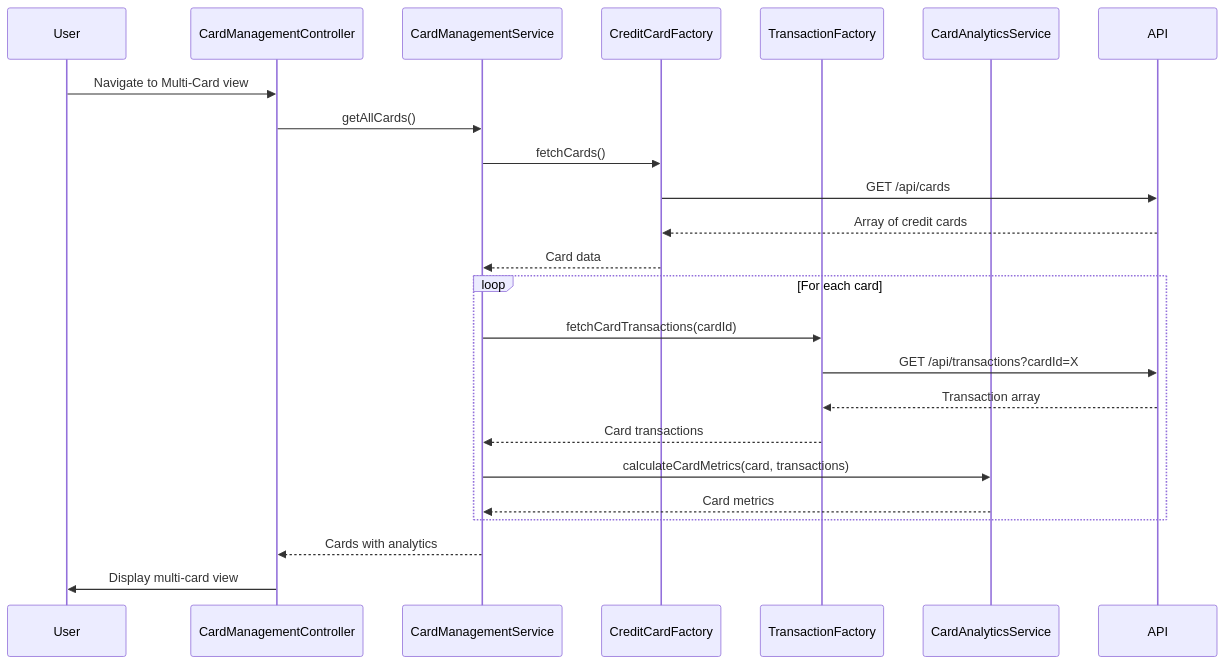
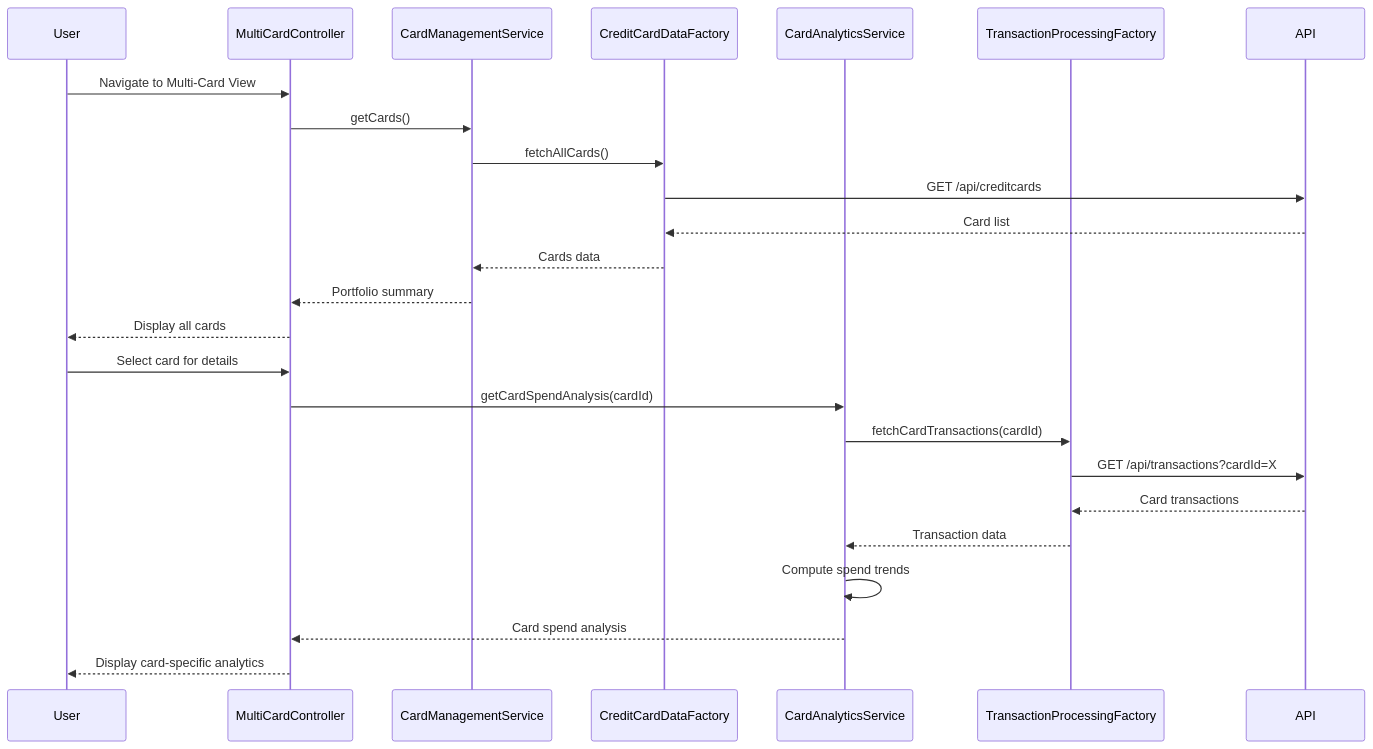
One commit to AAVA-Demo/APB_Demo changed the diagram in LLD/QE-8601_LLD.md. Above: the diagram before and after it, drawn with Mermaid. The commit also changed other lines of this file and 5 other files, not shown here.

````diff
--- a/LLD/QE-8601_LLD.md
+++ b/LLD/QE-8601_LLD.md
@@ -80,27 +89,27 @@
 ```mermaid
 sequenceDiagram
     participant User
-    participant CardManagementController
+    participant MultiCardController
     participant CardManagementService
-    participant CreditCardFactory
-    participant TransactionFactory
+    participant CreditCardDataFactory
     participant CardAnalyticsService
-    participant API
+    participant TransactionProcessingFactory
     
-    User->>CardManagementController: Navigate to Multi-Card view
-    CardManagementController->>CardManagementService: getAllCards()
-    CardManagementService->>CreditCardFactory: fetchCards()
-    CreditCardFactory->>API: GET /api/cards
-    API-->>CreditCardFactory: Array of credit cards
-    CreditCardFactory-->>CardManagementService: Card data
-    loop For each card
-        CardManagementService->>TransactionFactory: fetchCardTransactions(cardId)
-        TransactionFactory->>API: GET /api/transactions?cardId=X
-        API-->>TransactionFactory: Transaction array
-        TransactionFactory-->>CardManagementService: Card transactions
-        CardManagementService->>CardAnalyticsService: calculateCardMetrics(card, transactions)
-        CardAnalyticsService-->>CardManagementService: Card metrics
-    end
-    CardManagementService-->>CardManagementController: Cards with analytics
-    CardManagementController->>User: Display multi-card view
+    User->>MultiCardController: Navigate to Multi-Card View
+    MultiCardController->>CardManagementService: getCards()
+    CardManagementService->>CreditCardDataFactory: fetchAllCards()
+    CreditCardDataFactory->>API: GET /api/creditcards
+    API-->>CreditCardDataFactory: Card list
+    CreditCardDataFactory-->>CardManagementService: Cards data
+    CardManagementService-->>MultiCardController: Portfolio summary
+    MultiCardController-->>User: Display all cards
+    User->>MultiCardController: Select card for details
+    MultiCardController->>CardAnalyticsService: getCardSpendAnalysis(cardId)
+    CardAnalyticsService->>TransactionProcessingFactory: fetchCardTransactions(cardId)
+    TransactionProcessingFactory->>API: GET /api/transactions?cardId=X
+    API-->>TransactionProcessingFactory: Card transactions
+    TransactionProcessingFactory-->>CardAnalyticsService: Transaction data
+    CardAnalyticsService->>CardAnalyticsService: Compute spend trends
+    CardAnalyticsService-->>MultiCardController: Card spend analysis
+    MultiCardController-->>User: Display card-specific analytics
 ```
````
